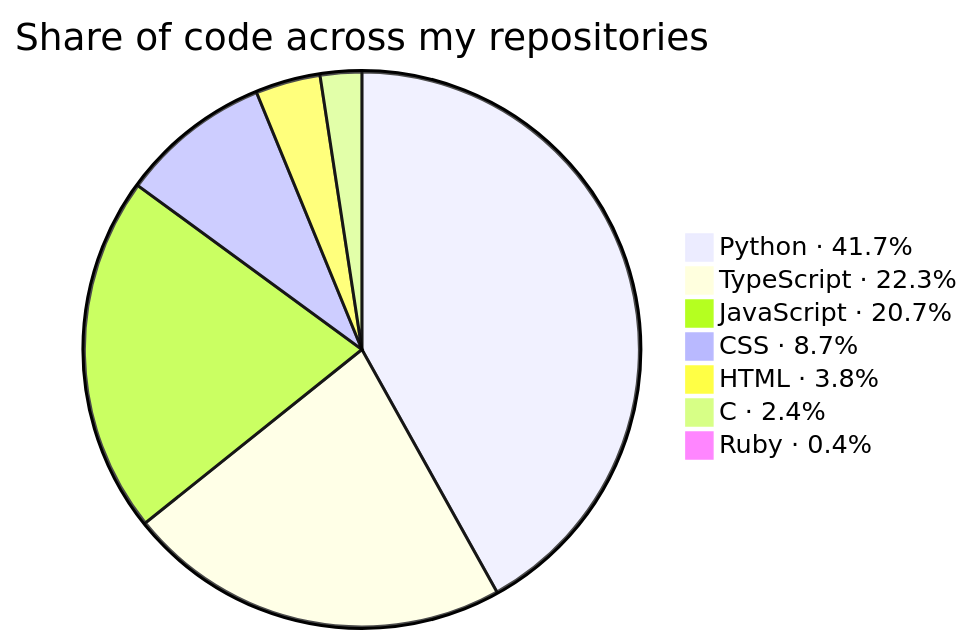
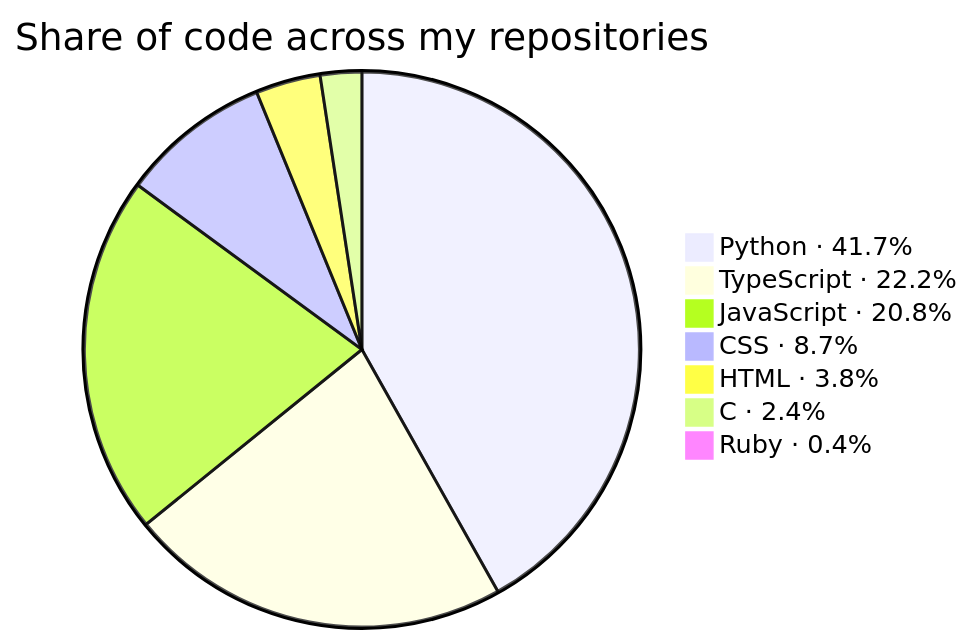
Before and after one commit to KathFK1234/KathFK1234: the second of 3 diagrams in README.md, drawn with Mermaid. The commit also changed other lines of this file and 4 other files, not shown here.

````diff
--- a/README.md
+++ b/README.md
@@ -109,11 +109,11 @@
 ```mermaid
 %%{init: {"themeVariables": {"pieSectionTextSize": "0px"}}}%%
 pie title Share of code across my repositories
     "Python · 41.7%" : 1088.9
-    "TypeScript · 22.3%" : 580.3
-    "JavaScript · 20.7%" : 540.5
+    "TypeScript · 22.2%" : 580.5
+    "JavaScript · 20.8%" : 544.2
     "CSS · 8.7%" : 227.5
     "HTML · 3.8%" : 98.1
     "C · 2.4%" : 62.7
     "Ruby · 0.4%" : 10.1
 ```
````
